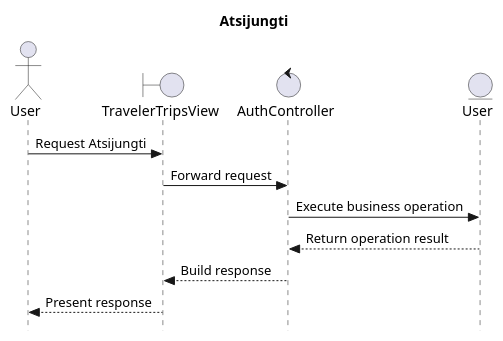
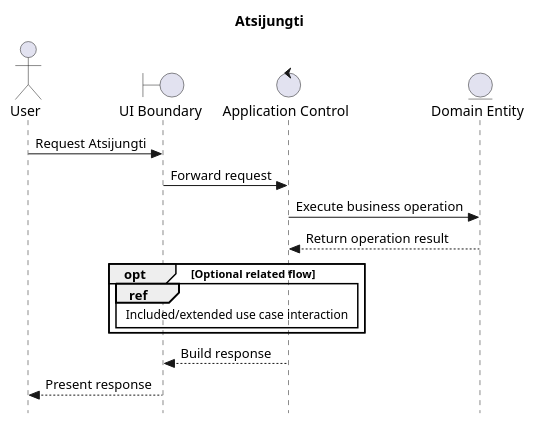
The diagram in _refs/diagrams-new/sequence/Atsijungti.puml (SauliusDev/ps-projektas), drawn with PlantUML before and after one commit. The commit also changed 42 other files, not shown here.

Commit message:
fix: satisfy sequence traceability fragment checks

```diff
--- a/_refs/diagrams-new/sequence/Atsijungti.puml
+++ b/_refs/diagrams-new/sequence/Atsijungti.puml
@@ -1,17 +1,22 @@
 @startuml
 skinparam style strictuml
 
 title Atsijungti
 
 actor "User" as user
-boundary "TravelerTripsView" as ui
-control "AuthController" as authController
-entity "User" as authUser
+boundary "UI Boundary" as ui
+control "Application Control" as app
+entity "Domain Entity" as entity
 
 user -> ui: Request Atsijungti
-ui -> authController: Forward request
-authController -> authUser: Execute business operation
-authUser --> authController: Return operation result
-authController --> ui: Build response
+ui -> app: Forward request
+app -> entity: Execute business operation
+entity --> app: Return operation result
+
+opt Optional related flow
+  ref over ui, app : Included/extended use case interaction
+end
+
+app --> ui: Build response
 ui --> user: Present response
 @enduml
```
